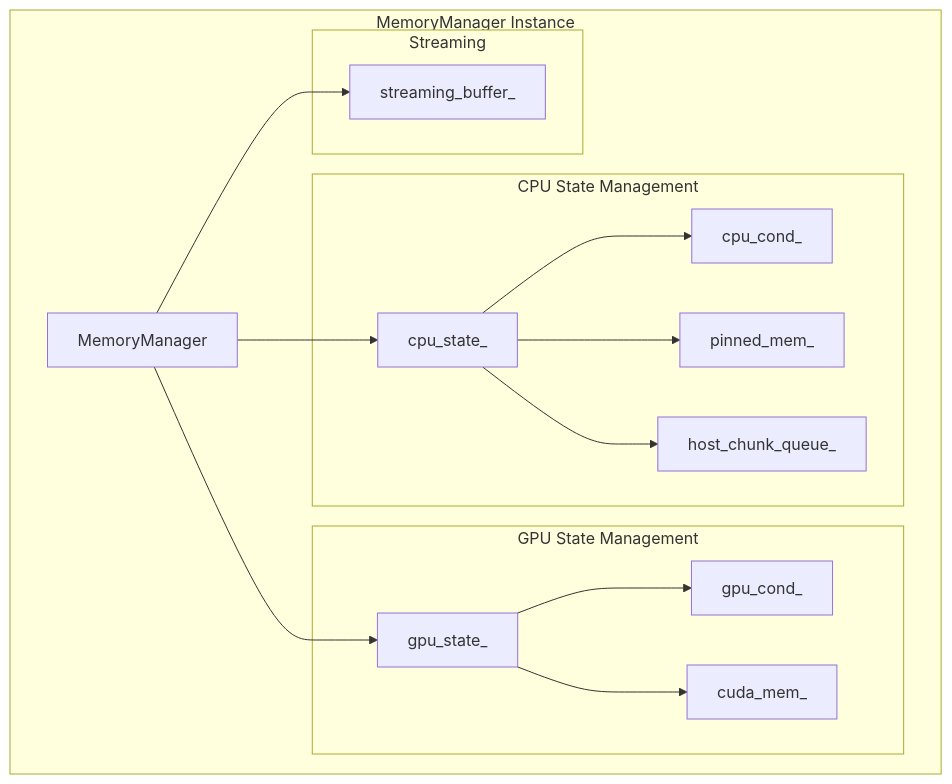
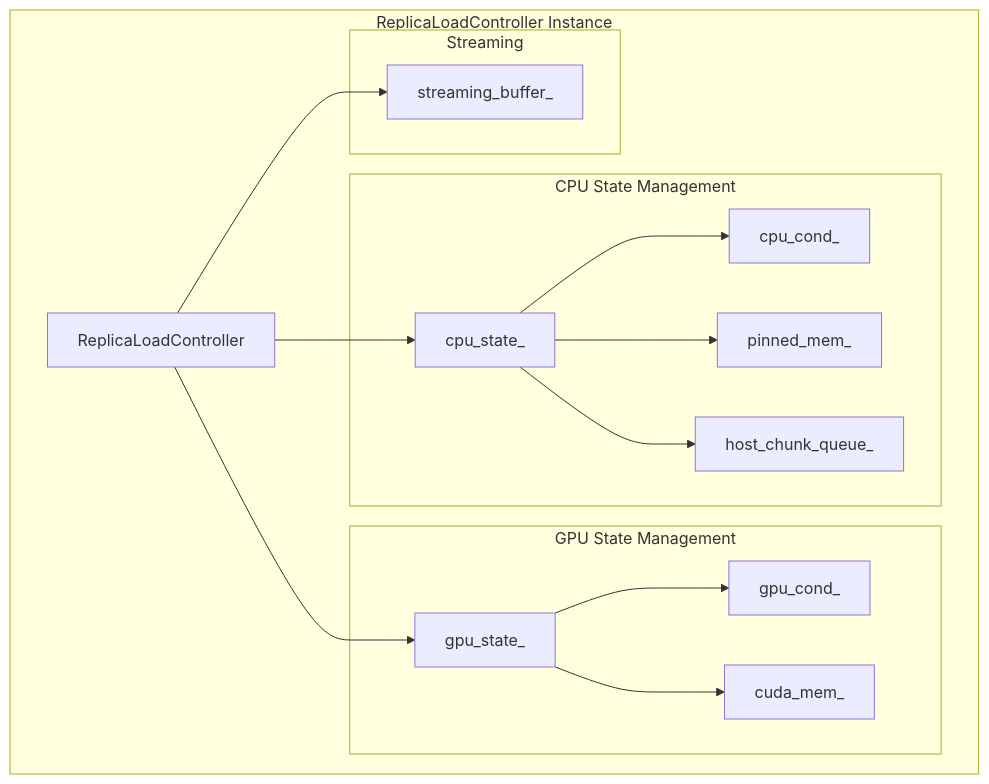
Before and after one commit to tensorcast-ai/tensorcast: the third of 7 diagrams in core/store/docs/state-management.md, drawn with Mermaid. The commit also changed other lines of this file and 155 other files, not shown here.

````diff
--- a/core/store/docs/state-management.md
+++ b/core/store/docs/state-management.md
@@ -113,32 +113,32 @@
 ```mermaid
 graph TB
-    subgraph "MemoryManager Instance"
-        MM[MemoryManager]
+    subgraph "ReplicaLoadController Instance"
+        MM[ReplicaLoadController]
 
         subgraph "CPU State Management"
             CS[cpu_state_]
             CC[cpu_cond_]
             PM[pinned_mem_]
             HQ[host_chunk_queue_]
         end
 
         subgraph "GPU State Management"
             GS[gpu_state_]
             GC[gpu_cond_]
             CM[cuda_mem_]
         end
 
         subgraph "Streaming"
             SB[streaming_buffer_]
         end
 
         MM --> CS
         MM --> GS
         CS --> CC
         GS --> GC
         CS --> PM
         CS --> HQ
         GS --> CM
         MM --> SB
     end
 ```
````
